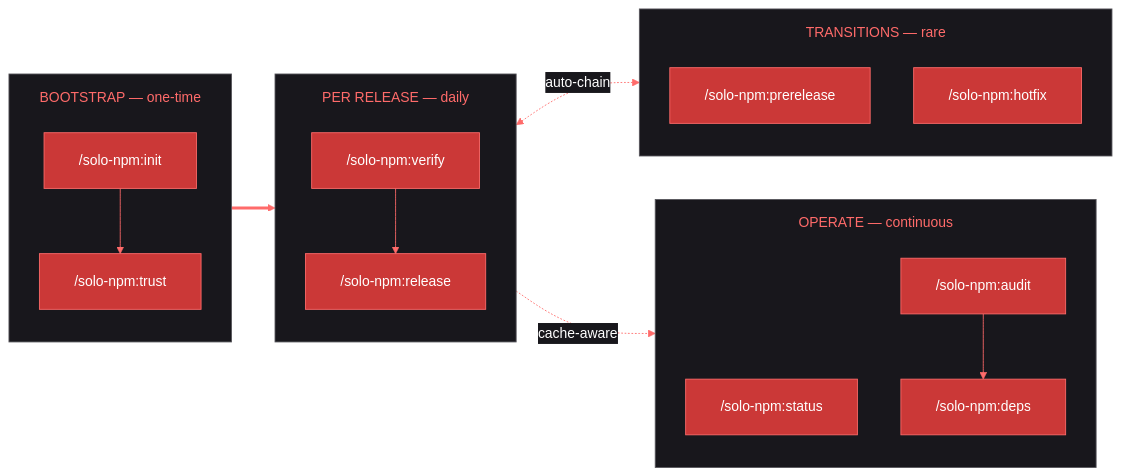
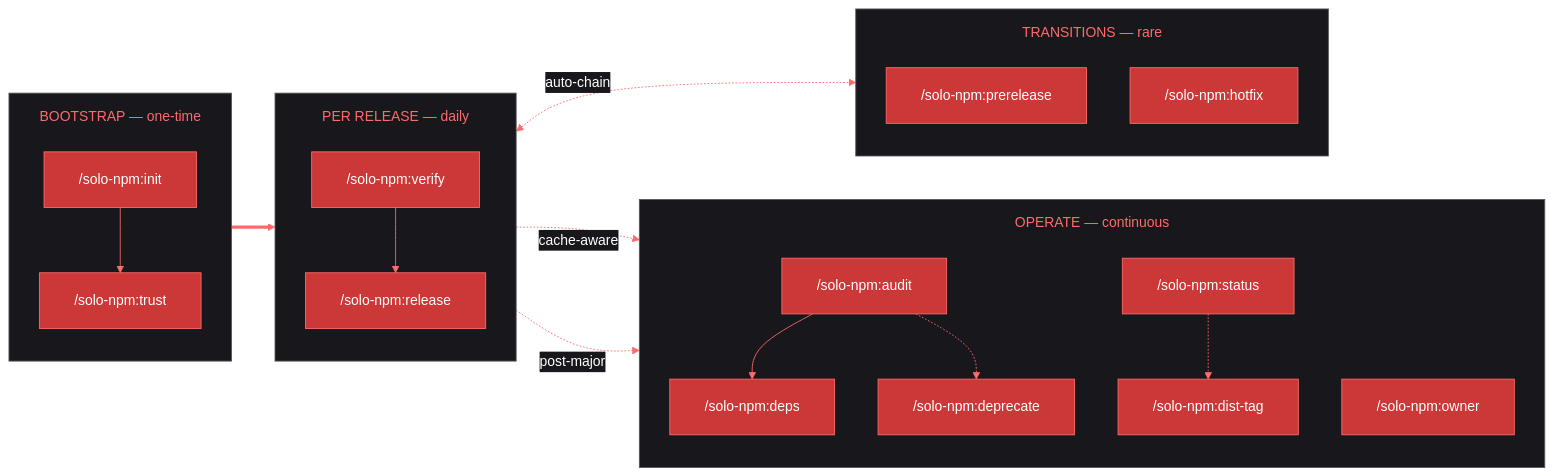
The diagram in resources/diagrams/lifecycle.mmd (gagle/solo-npm), drawn with Mermaid before and after one commit. The commit also changed 17 other files, not shown here.

```diff
--- a/resources/diagrams/lifecycle.mmd
+++ b/resources/diagrams/lifecycle.mmd
@@ -1,45 +1,51 @@
 %%{init: {'theme':'base','themeVariables':{
   'primaryColor':'#cb3837',
   'primaryTextColor':'#ffffff',
   'primaryBorderColor':'#ff6b6a',
   'lineColor':'#ff6b6a',
   'secondaryColor':'#a02320',
   'tertiaryColor':'#7d1c1a',
   'background':'#111114',
   'mainBkg':'#cb3837',
   'secondBkg':'#a02320',
   'tertiaryBkg':'#2c2a32',
   'clusterBkg':'#18171c',
   'clusterBorder':'#56555b',
   'titleColor':'#ff6b6a',
   'edgeLabelBackground':'#18171c',
   'fontFamily':'ui-monospace, monospace'
 },'flowchart':{'padding':20,'subGraphTitleMargin':{'top':15,'bottom':15}}}}%%
 flowchart LR
     subgraph BS["BOOTSTRAP — one-time"]
         direction TB
         init["/solo-npm:init"]
         trust["/solo-npm:trust"]
         init --> trust
     end
     subgraph PR["PER RELEASE — daily"]
         direction TB
         verify["/solo-npm:verify"]
         release["/solo-npm:release"]
         verify --> release
     end
     subgraph LT["TRANSITIONS — rare"]
         direction TB
         prerelease["/solo-npm:prerelease"]
         hotfix["/solo-npm:hotfix"]
     end
     subgraph OP["OPERATE — continuous"]
         direction TB
         status["/solo-npm:status"]
         audit["/solo-npm:audit"]
         deps["/solo-npm:deps"]
+        distTag["/solo-npm:dist-tag"]
+        deprecate["/solo-npm:deprecate"]
+        owner["/solo-npm:owner"]
         audit --> deps
+        audit -.-> deprecate
+        status -.-> distTag
     end
     BS ==> PR
     PR <-.auto-chain.-> LT
     PR -.cache-aware.-> OP
+    PR -.post-major.-> deprecate
```
